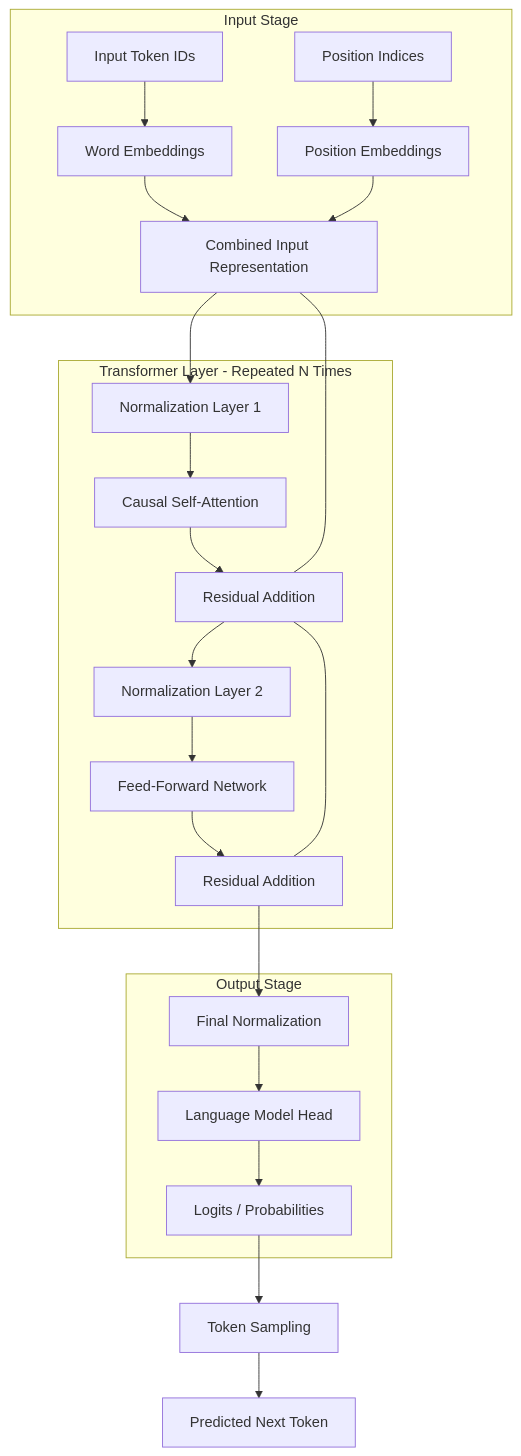
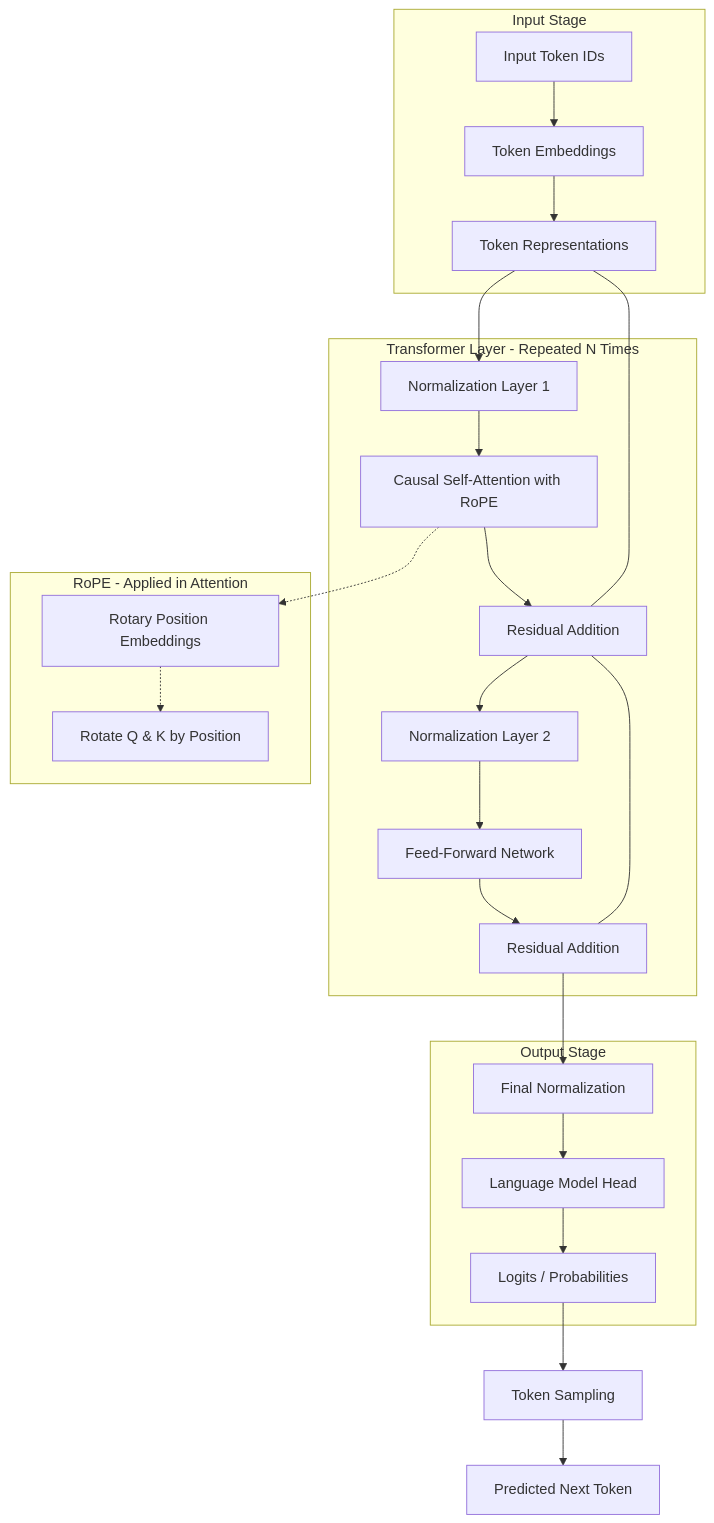
One commit to sps014/MicroLLM changed the diagram in README.md. Above: the diagram before and after it, drawn with Mermaid. The commit also changed other lines of this file and 2 other files, not shown here.

Commit message:
Added support for 512-token training chunks while maintaining 16K inference capability by implementing RoPE

````diff
--- a/README.md
+++ b/README.md
@@ -21,28 +23,32 @@
 ```mermaid
 graph TD
     subgraph Input_Stage [Input Stage]
-        A[Input Token IDs] --> B[Word Embeddings]
-        C[Position Indices] --> D[Position Embeddings]
-        B & D --> E[Combined Input Representation]
+        A[Input Token IDs] --> B[Token Embeddings]
+        B --> E[Token Representations]
     end
 
     subgraph Transformer_Block [Transformer Layer - Repeated N Times]
         E --> F[Normalization Layer 1]
-        F --> G[Causal Self-Attention]
+        F --> G[Causal Self-Attention with RoPE]
         G --> H[Residual Addition]
         E --- H
         H --> I[Normalization Layer 2]
         I --> J[Feed-Forward Network]
         J --> K[Residual Addition]
         H --- K
+    end
+
+    subgraph RoPE_Module [RoPE - Applied in Attention]
+        G -.-> R[Rotary Position Embeddings]
+        R -.-> S[Rotate Q & K by Position]
     end
 
     subgraph Output_Stage [Output Stage]
         K --> L[Final Normalization]
         L --> M[Language Model Head]
         M --> N[Logits / Probabilities]
     end
 
     N --> O[Token Sampling]
     O --> P[Predicted Next Token]
 ```
````
